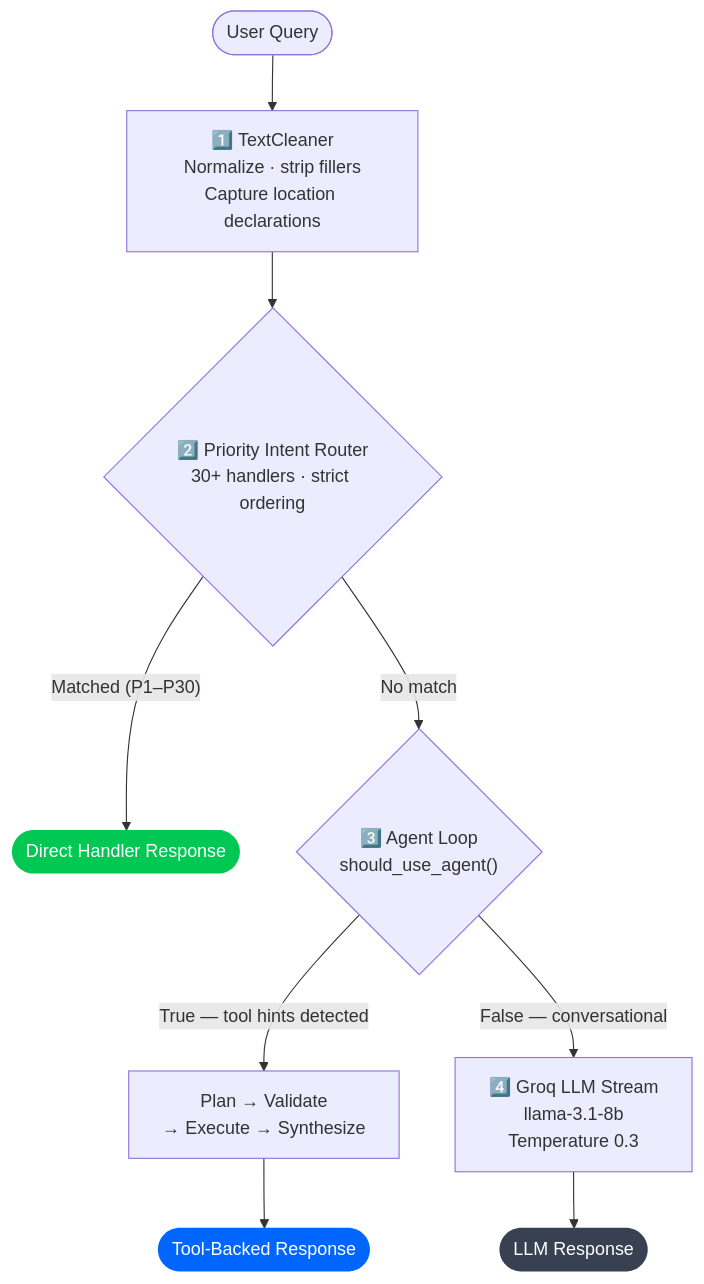
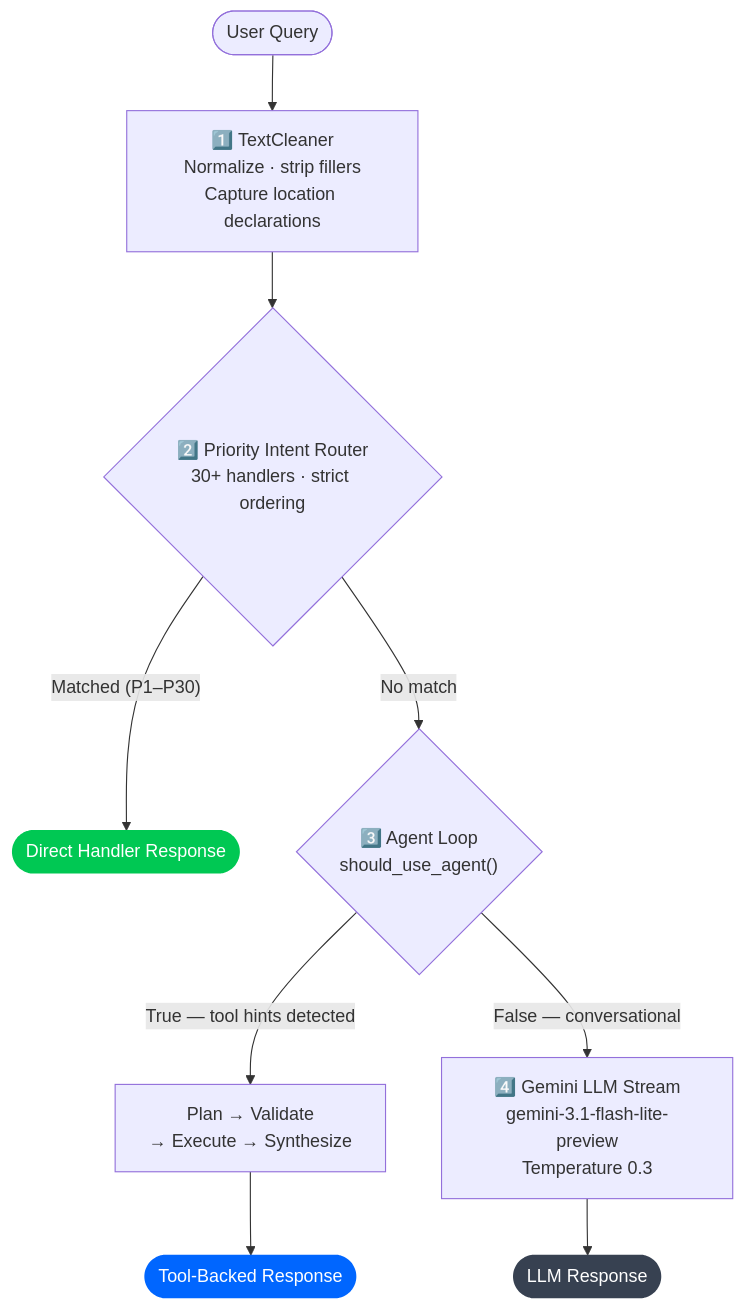
One commit to deepakrakshit/jarvis changed the first of 5 diagrams in docs/ROUTING.md. Above: the diagram before and after it, drawn with Mermaid. The commit also changed other lines of this file and 11 other files, not shown here.

````diff
--- a/docs/ROUTING.md
+++ b/docs/ROUTING.md
@@ -17,15 +17,15 @@
 ```mermaid
 flowchart TD
     A(["User Query"]) --> B["1️⃣ TextCleaner\nNormalize · strip fillers\nCapture location declarations"]
     B --> C{"2️⃣ Priority Intent Router\n30+ handlers · strict ordering"}
     C -->|"Matched (P1–P30)"| D(["Direct Handler Response"])
     C -->|"No match"| E{"3️⃣ Agent Loop\nshould_use_agent()"}
     E -->|"True — tool hints detected"| F["Plan → Validate\n→ Execute → Synthesize"]
     F --> G(["Tool-Backed Response"])
-    E -->|"False — conversational"| H["4️⃣ Groq LLM Stream\nllama-3.1-8b\nTemperature 0.3"]
+    E -->|"False — conversational"| H["4️⃣ Gemini LLM Stream\ngemini-3.1-flash-lite-preview\nTemperature 0.3"]
     H --> I(["LLM Response"])
 
     style D fill:#00C853,color:#fff,stroke:none
     style G fill:#0066FF,color:#fff,stroke:none
     style I fill:#374151,color:#fff,stroke:none
 ```
````
